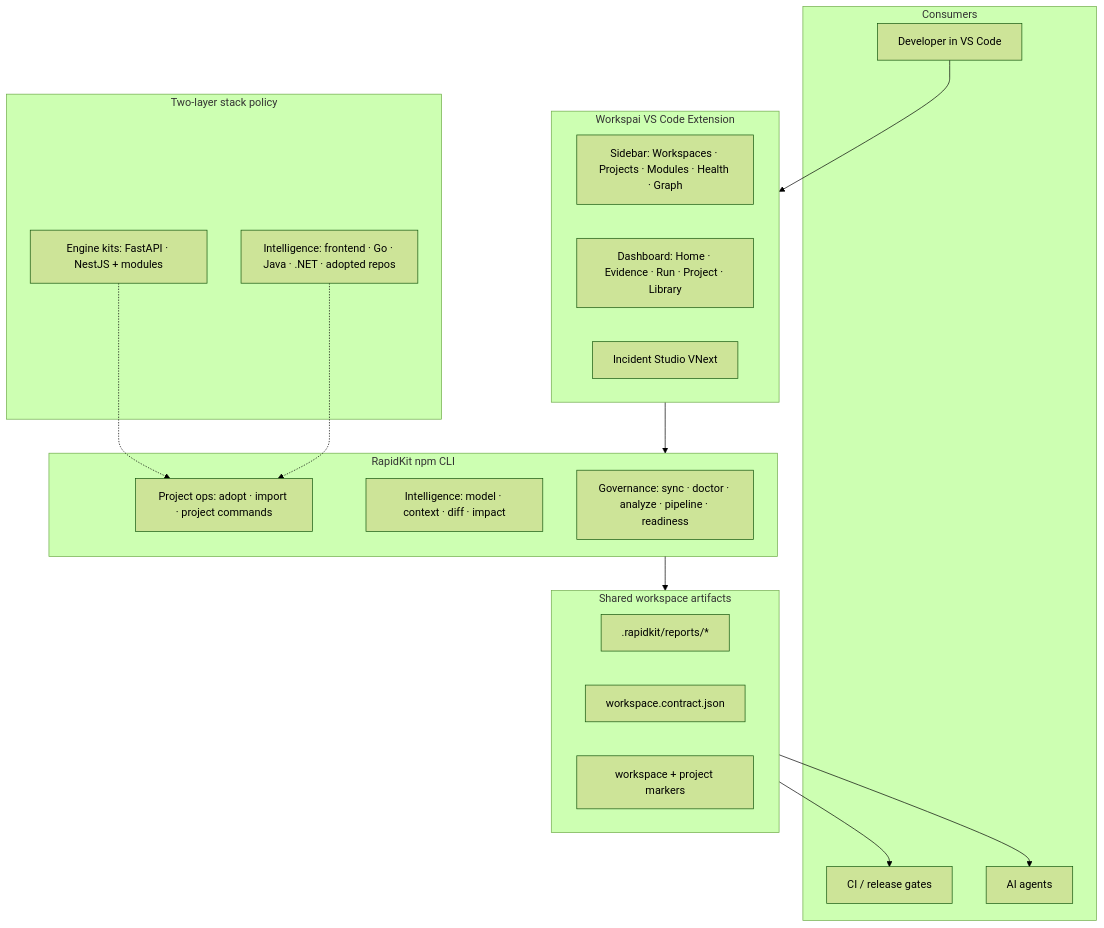
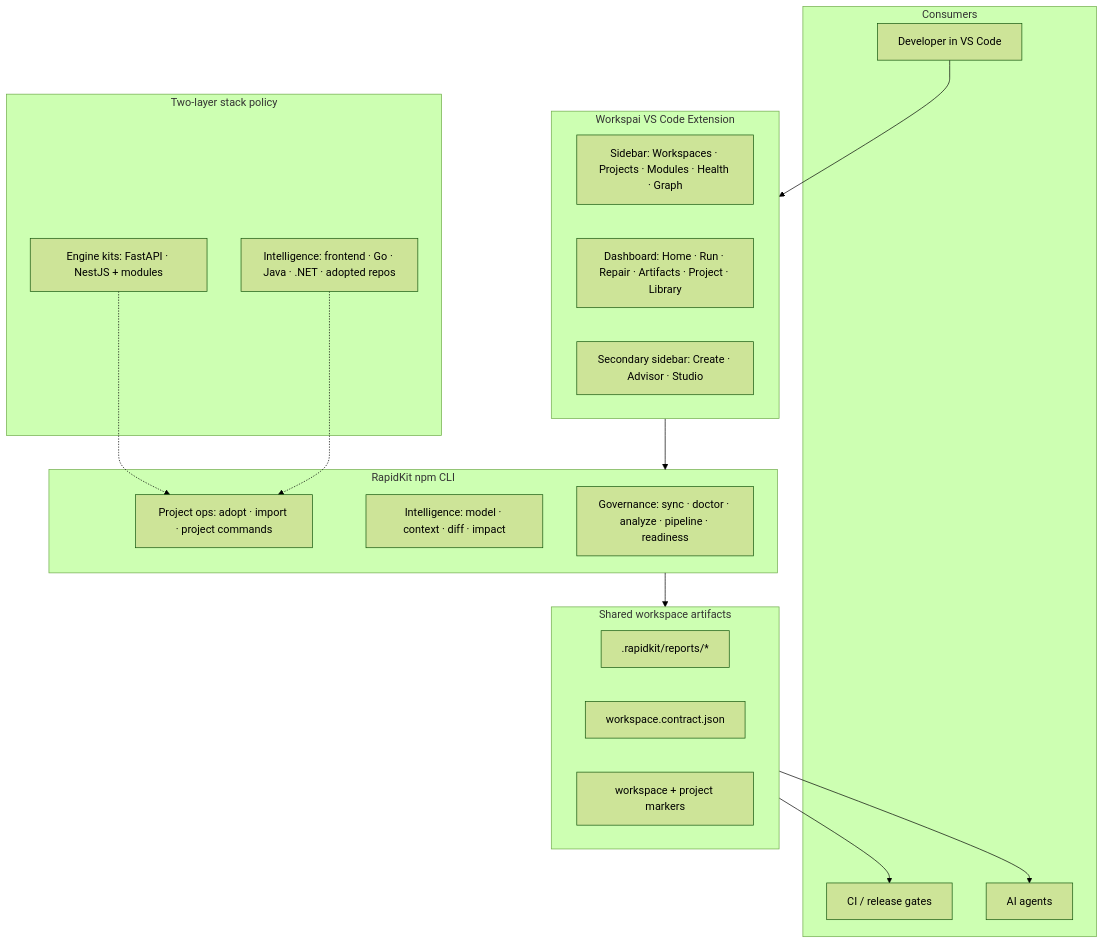
The second of 2 diagrams in README.md (chistiq/rapidkit-vscode), drawn with Mermaid (forest theme) before and after one commit. The commit also changed other lines of this file and 197 other files, not shown here.

First line of the commit message:
fix: align Studio evidence commands with npm CLI

````diff
--- a/README.md
+++ b/README.md
@@ -61,39 +92,39 @@
 ```mermaid
 flowchart TB
   subgraph Consumers["Consumers"]
     Dev["Developer in VS Code"]
     CI["CI / release gates"]
     Agents["AI agents"]
   end
 
   subgraph Workspai["Workspai VS Code Extension"]
     Sidebar["Sidebar: Workspaces · Projects · Modules · Health · Graph"]
-    Dashboard["Dashboard: Home · Evidence · Run · Project · Library"]
-    Studio["Incident Studio VNext"]
+    Dashboard["Dashboard: Home · Run · Repair · Artifacts · Project · Library"]
+    Studio["Secondary sidebar: Create · Advisor · Studio"]
   end
 
   subgraph CLI["RapidKit npm CLI"]
     Gov["Governance: sync · doctor · analyze · pipeline · readiness"]
     Intel["Intelligence: model · context · diff · impact"]
     Ops["Project ops: adopt · import · project commands"]
   end
 
   subgraph Artifacts["Shared workspace artifacts"]
     Reports[".rapidkit/reports/*"]
     Contract["workspace.contract.json"]
     Markers["workspace + project markers"]
   end
 
   subgraph Policy["Two-layer stack policy"]
     Kits["Engine kits: FastAPI · NestJS + modules"]
     Polyglot["Intelligence: frontend · Go · Java · .NET · adopted repos"]
   end
 
   Dev --> Workspai
   Workspai --> CLI
   CLI --> Artifacts
   Artifacts --> CI
   Artifacts --> Agents
   Kits -.-> Ops
   Polyglot -.-> Ops
 ```
````
